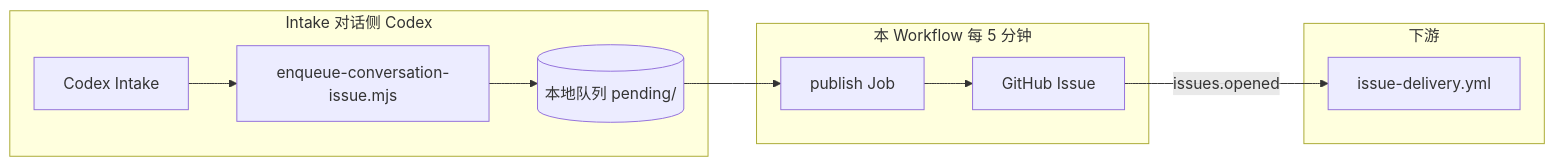
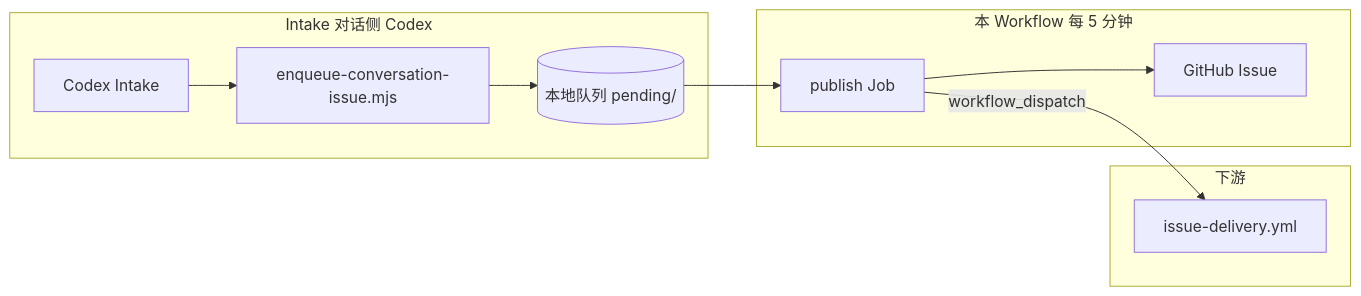
One commit to liuzhuang/signalpatch changed the first of 2 diagrams in .github/workflows/publish-conversation-issues.yml.md. Above: the diagram before and after it, drawn with Mermaid. The commit also changed other lines of this file and 24 other files, not shown here.

````diff
--- a/.github/workflows/publish-conversation-issues.yml.md
+++ b/.github/workflows/publish-conversation-issues.yml.md
@@ -22,18 +22,18 @@
 ```mermaid
 flowchart LR
   subgraph intake [Intake 对话侧 Codex]
     C[Codex Intake]
     EQ[enqueue-conversation-issue.mjs]
     Q[(本地队列 pending/)]
     C --> EQ --> Q
   end
   subgraph publish [本 Workflow 每 5 分钟]
     P[publish Job]
     GH[GitHub Issue]
     Q --> P --> GH
   end
   subgraph delivery [下游]
     ID[issue-delivery.yml]
-    GH -->|issues.opened| ID
+    P -->|workflow_dispatch| ID
   end
 ```
````
